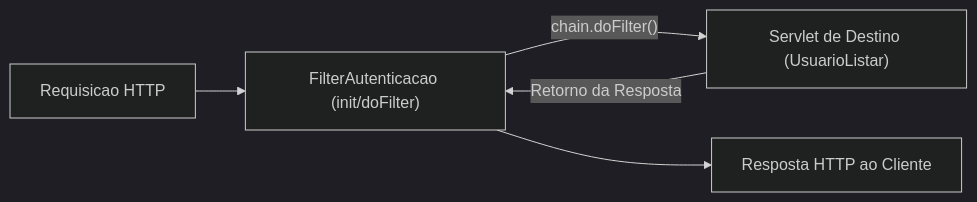
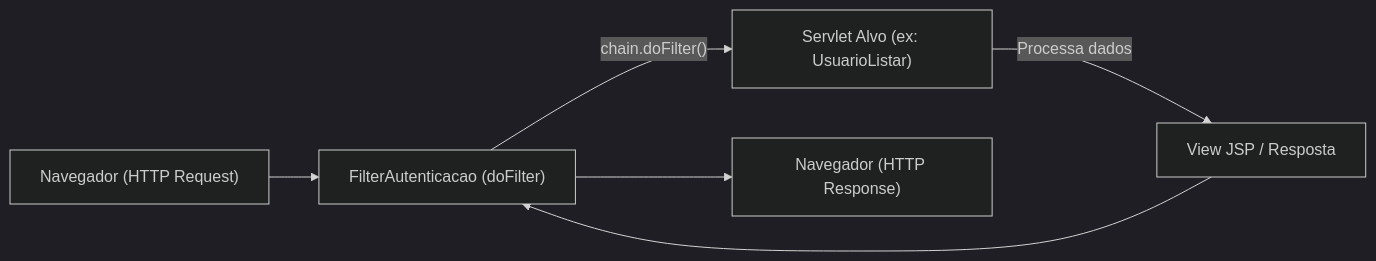
Before and after one commit to murilolol/unifef: diagram 11 of 18 in 3º Semestre/[Prof. Jefferson Passerini] Laboratório de Programação III/Resumos-IA/Simulados-Comentados.md, drawn with Mermaid (dark theme). The commit also changed other lines of this file and 40 other files, not shown here.

````diff
--- a/3º Semestre/[Prof. Jefferson Passerini] Laboratório de Programação III/Resumos-IA/Simulados-Comentados.md
+++ b/3º Semestre/[Prof. Jefferson Passerini] Laboratório de Programação III/Resumos-IA/Simulados-Comentados.md
@@ -936,7 +494,8 @@
 ```mermaid
 flowchart LR
-    Requisicao["Requisicao HTTP"] --> F1["FilterAutenticacao (init/doFilter)"]
-    F1 -->|"chain.doFilter()"| Servlet["Servlet de Destino (UsuarioListar)"]
-    Servlet -->|"Retorno da Resposta"| F1
-    F1 --> Resposta["Resposta HTTP ao Cliente"]
+    Req["Navegador (HTTP Request)"] --> Filtro["FilterAutenticacao (doFilter)"]
+    Filtro -->|"chain.doFilter()"| Target["Servlet Alvo (ex: UsuarioListar)"]
+    Target -->|"Processa dados"| Resposta["View JSP / Resposta"]
+    Resposta --> Filtro
+    Filtro --> Retorno["Navegador (HTTP Response)"]
 ```
````
